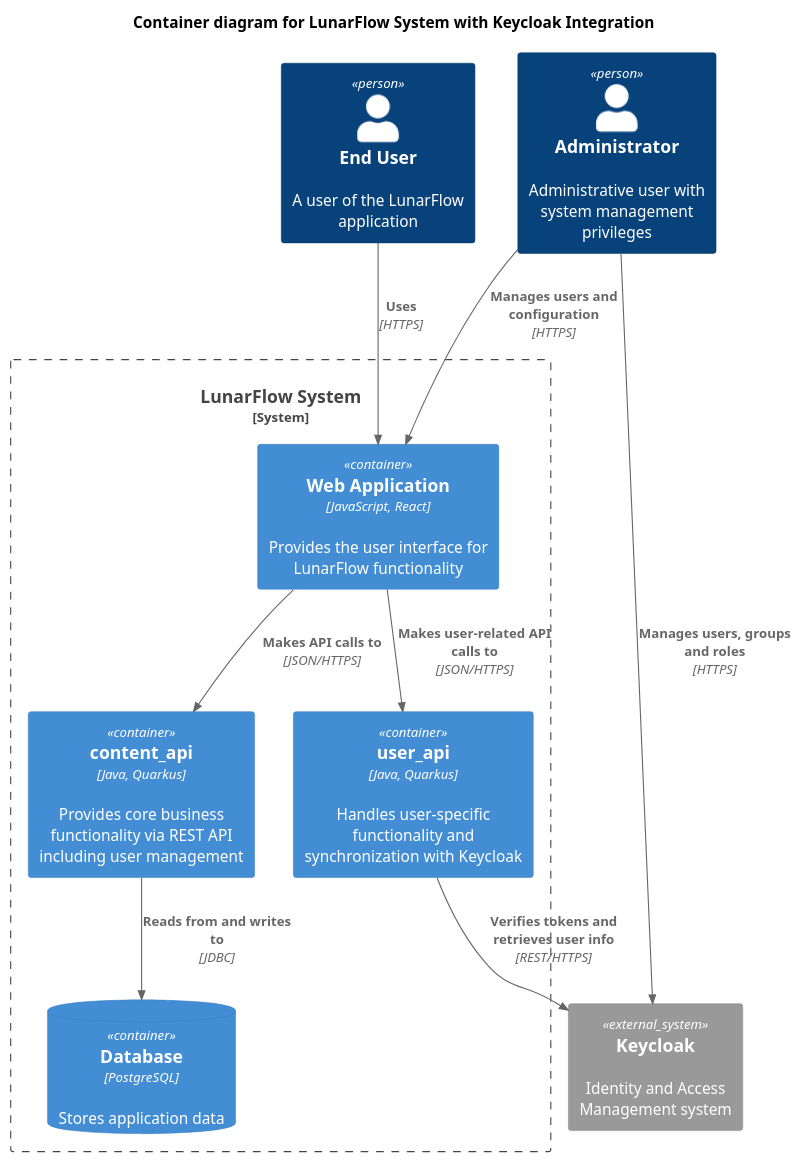
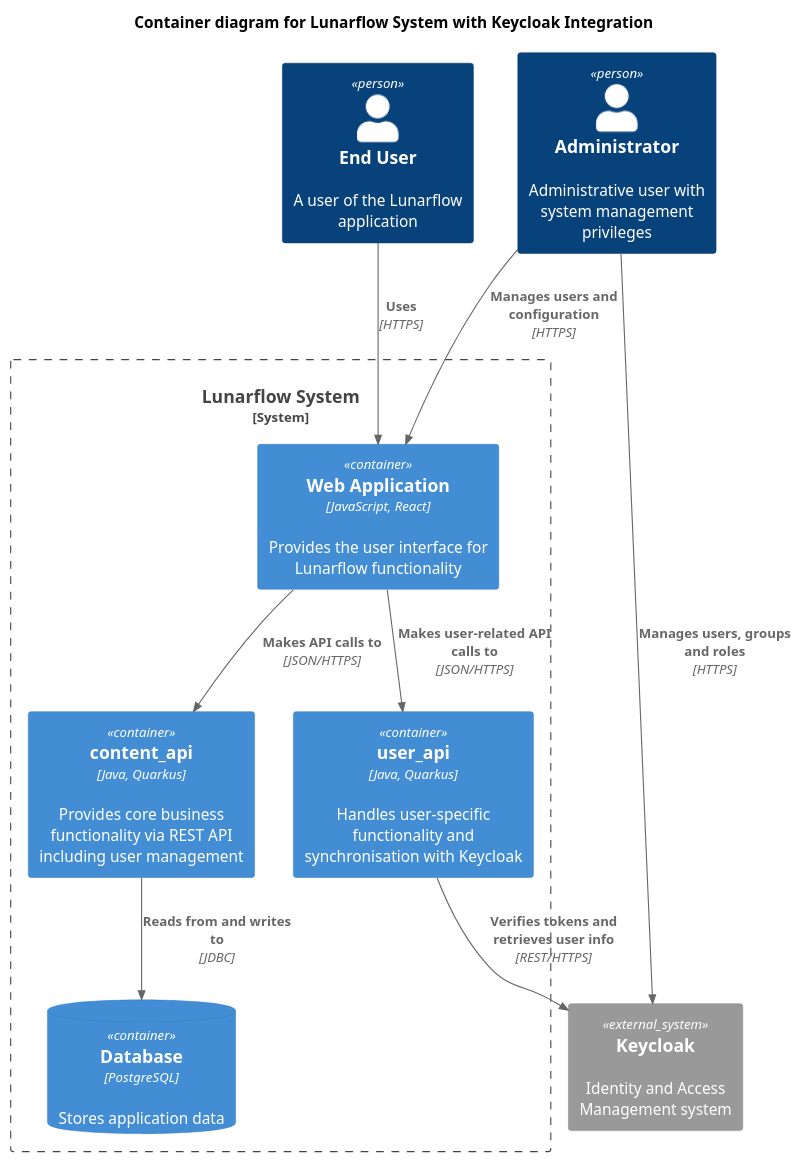
The diagram in c2.puml (fontys-lunarflow/keycloak_integration), drawn with PlantUML before and after one commit. The commit also changed 3 other files, not shown here.

Commit message:
Minor diagram updates

```diff
--- a/c2.puml
+++ b/c2.puml
@@ -1,33 +1,33 @@
-@startuml LunarFlow user_api C2 Diagram
+@startuml Lunarflow user_api C2 Diagram
 !include https://raw.githubusercontent.com/plantuml-stdlib/C4-PlantUML/master/C4_Container.puml
 
-title Container diagram for LunarFlow System with Keycloak Integration
+title Container diagram for Lunarflow System with Keycloak Integration
 
-Person(endUser, "End User", "A user of the LunarFlow application")
+Person(endUser, "End User", "A user of the Lunarflow application")
 Person(adminUser, "Administrator", "Administrative user with system management privileges")
 
-System_Boundary(lunarFlowSystem, "LunarFlow System") {
-    Container(webApp, "Web Application", "JavaScript, React", "Provides the user interface for LunarFlow functionality")
+System_Boundary(LunarflowSystem, "Lunarflow System") {
+    Container(webApp, "Web Application", "JavaScript, React", "Provides the user interface for Lunarflow functionality")
     
     Container(content_api, "content_api", "Java, Quarkus", "Provides core business functionality via REST API including user management")
     
-    Container(user_api, "user_api", "Java, Quarkus", "Handles user-specific functionality and synchronization with Keycloak")
+    Container(user_api, "user_api", "Java, Quarkus", "Handles user-specific functionality and synchronisation with Keycloak")
     
     ContainerDb(database, "Database", "PostgreSQL", "Stores application data")
 }
 
 System_Ext(keycloak, "Keycloak", "Identity and Access Management system")
 
 Rel(endUser, webApp, "Uses", "HTTPS")
 Rel(adminUser, webApp, "Manages users and configuration", "HTTPS")
 
 Rel(webApp, content_api, "Makes API calls to", "JSON/HTTPS")
 Rel(webApp, user_api, "Makes user-related API calls to", "JSON/HTTPS")
 
 Rel(content_api, database, "Reads from and writes to", "JDBC")
 
 Rel(user_api, keycloak, "Verifies tokens and retrieves user info", "REST/HTTPS")
 
 Rel(adminUser, keycloak, "Manages users, groups and roles", "HTTPS")
 
 @enduml
```
